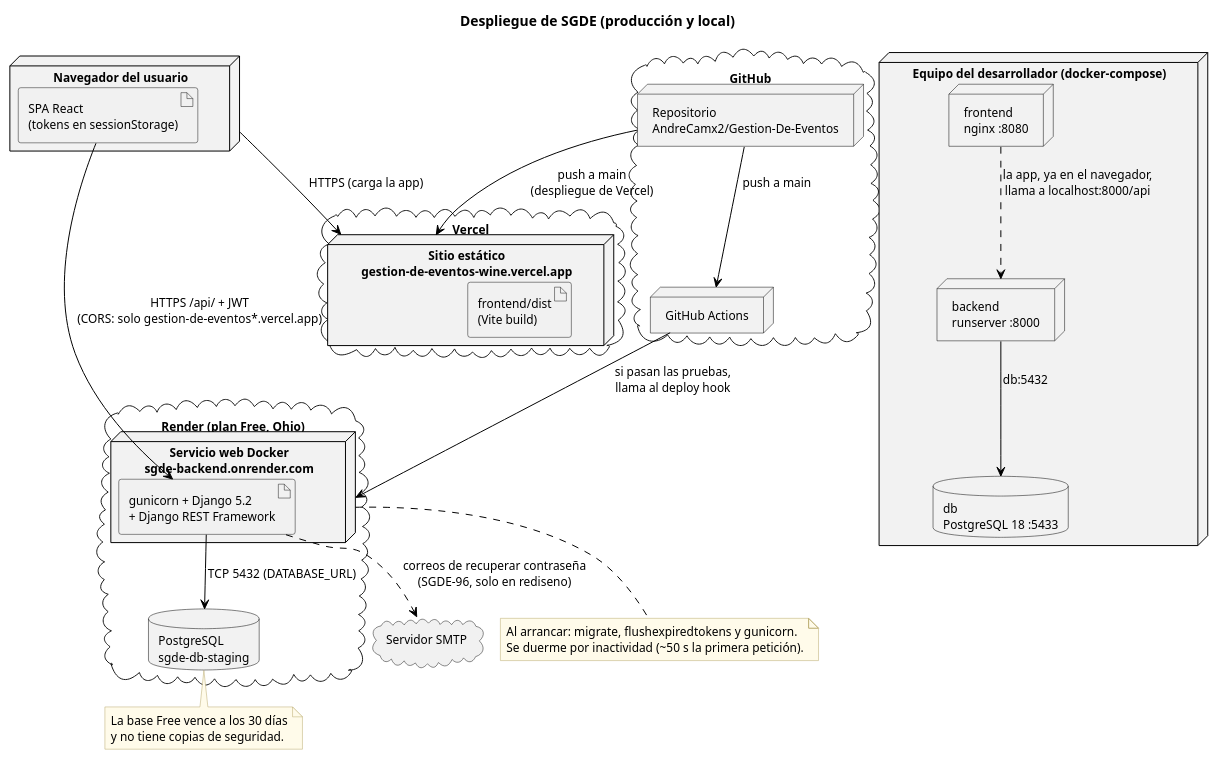
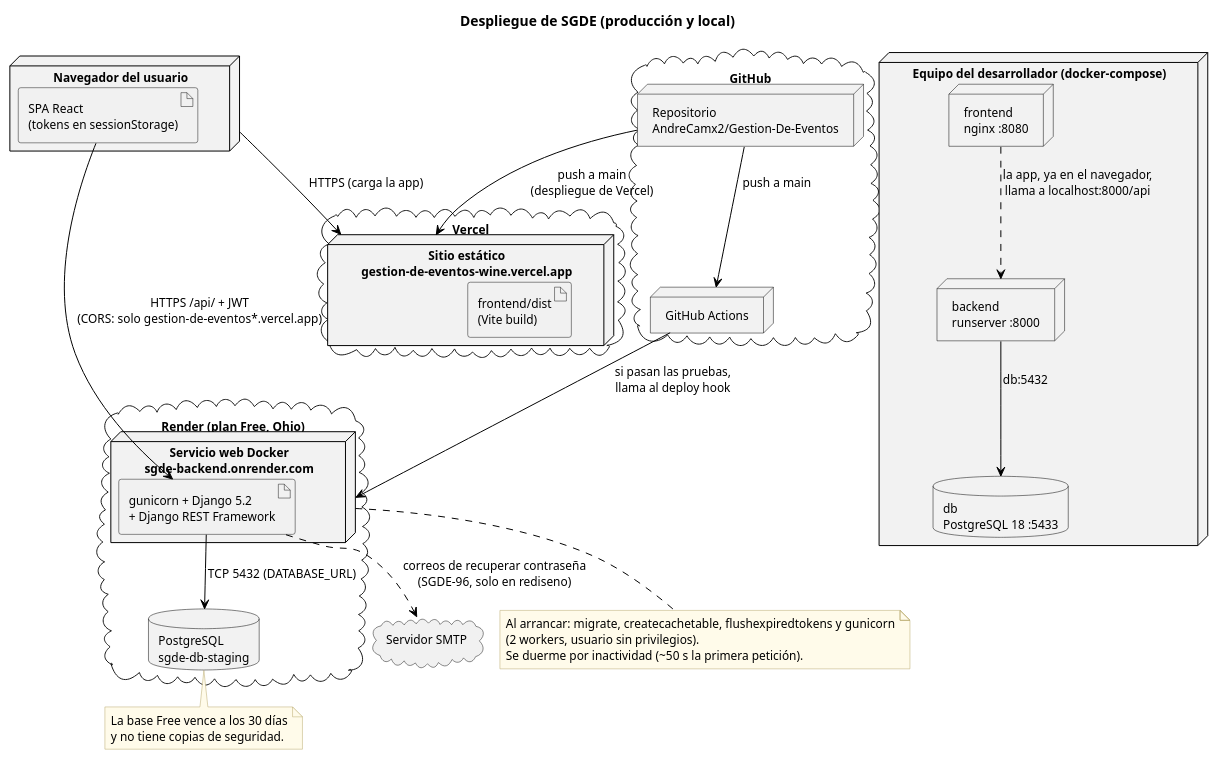
The diagram in docs/arquitectura/Diagrama_Despliegue_SGDE.pu (AndreCamx2/Gestion-De-Eventos), drawn with PlantUML before and after one commit. The commit also changed 19 other files, not shown here.

```diff
--- a/docs/arquitectura/Diagrama_Despliegue_SGDE.pu
+++ b/docs/arquitectura/Diagrama_Despliegue_SGDE.pu
@@ -1,69 +1,70 @@
 @startuml Diagrama_Despliegue_SGDE
 !pragma layout smetana
 title Despliegue de SGDE (producción y local)
 skinparam backgroundColor white
 skinparam ArrowColor black
 skinparam DefaultFontSize 12
 skinparam note {
   BackgroundColor #FFFBEA
   BorderColor #B8A86B
 }
 
 skinparam node {
   BackgroundColor #F2F2F2
   BorderColor black
 }
 skinparam database {
   BackgroundColor #F2F2F2
   BorderColor black
 }
 
 node "Navegador del usuario" as NAV {
   artifact "SPA React\n(tokens en sessionStorage)" as SPA
 }
 
 cloud "Vercel" {
   node "Sitio estático\ngestion-de-eventos-wine.vercel.app" as VERCEL {
     artifact "frontend/dist\n(Vite build)" as DIST
   }
 }
 
 cloud "Render (plan Free, Ohio)" {
   node "Servicio web Docker\nsgde-backend.onrender.com" as RENDER {
     artifact "gunicorn + Django 5.2\n+ Django REST Framework" as API
   }
   database "PostgreSQL\nsgde-db-staging" as PG
 }
 
 cloud "GitHub" {
   node "Repositorio\nAndreCamx2/Gestion-De-Eventos" as REPO
   node "GitHub Actions" as GHA
 }
 
 cloud "Servidor SMTP" as SMTP
 
 NAV --> VERCEL : HTTPS (carga la app)
 SPA --> API : HTTPS /api/ + JWT\n(CORS: solo gestion-de-eventos*.vercel.app)
 API --> PG : TCP 5432 (DATABASE_URL)
 API ..> SMTP : correos de recuperar contraseña\n(SGDE-96, solo en rediseno)
 REPO --> GHA : push a main
 GHA --> RENDER : si pasan las pruebas,\nllama al deploy hook
 REPO --> VERCEL : push a main\n(despliegue de Vercel)
 
 note bottom of RENDER
-  Al arrancar: migrate, flushexpiredtokens y gunicorn.
+  Al arrancar: migrate, createcachetable, flushexpiredtokens y gunicorn
+  (2 workers, usuario sin privilegios).
   Se duerme por inactividad (~50 s la primera petición).
 end note
 note bottom of PG
   La base Free vence a los 30 días
   y no tiene copias de seguridad.
 end note
 
 node "Equipo del desarrollador (docker-compose)" as LOCAL {
   node "frontend\nnginx :8080" as L_FRONT
   node "backend\nrunserver :8000" as L_BACK
   database "db\nPostgreSQL 18 :5433" as L_DB
 }
 L_FRONT ..> L_BACK : la app, ya en el navegador,\nllama a localhost:8000/api
 L_BACK --> L_DB : db:5432
 @enduml
```
